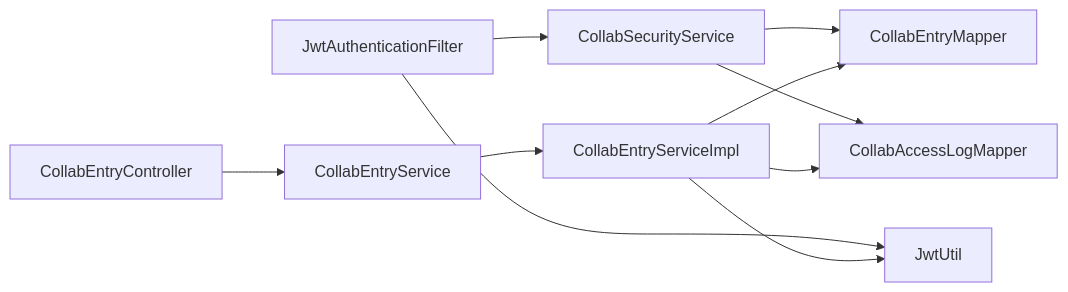
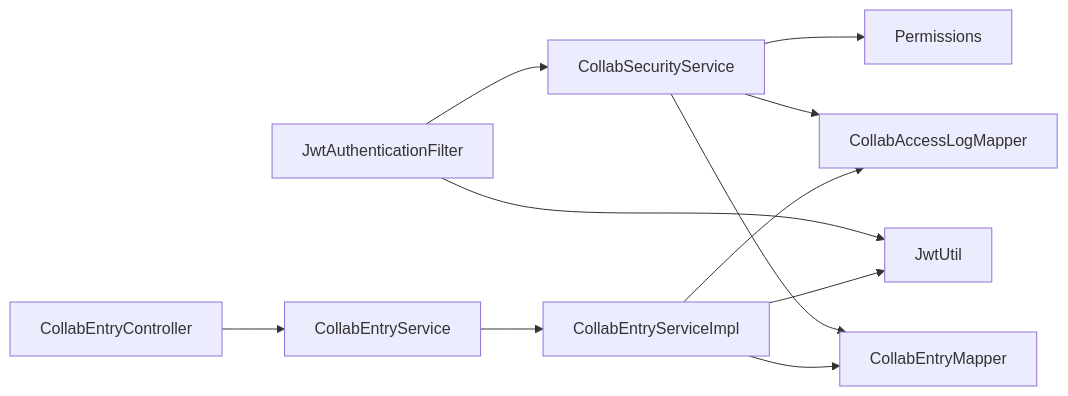
Before and after one commit to bo961386926/Survey-App: the sixth of 6 diagrams in .qoder/repowiki/en/content/Authentication & Authorization/Collaboration Tokens.md, drawn with Mermaid. The commit also changed other lines of this file and 25 other files, not shown here.

````diff
--- a/.qoder/repowiki/en/content/Authentication & Authorization/Collaboration Tokens.md
+++ b/.qoder/repowiki/en/content/Authentication & Authorization/Collaboration Tokens.md
@@ -341,12 +390,13 @@
 ```mermaid
 graph LR
 F["JwtAuthenticationFilter"] --> U["JwtUtil"]
 F --> S["CollabSecurityService"]
 S --> M1["CollabEntryMapper"]
 S --> M2["CollabAccessLogMapper"]
+S --> P["Permissions"]
 CEC["CollabEntryController"] --> CES["CollabEntryService"]
 CES --> CEI["CollabEntryServiceImpl"]
 CEI --> M1
 CEI --> M2
 CEI --> U
 ```
````
